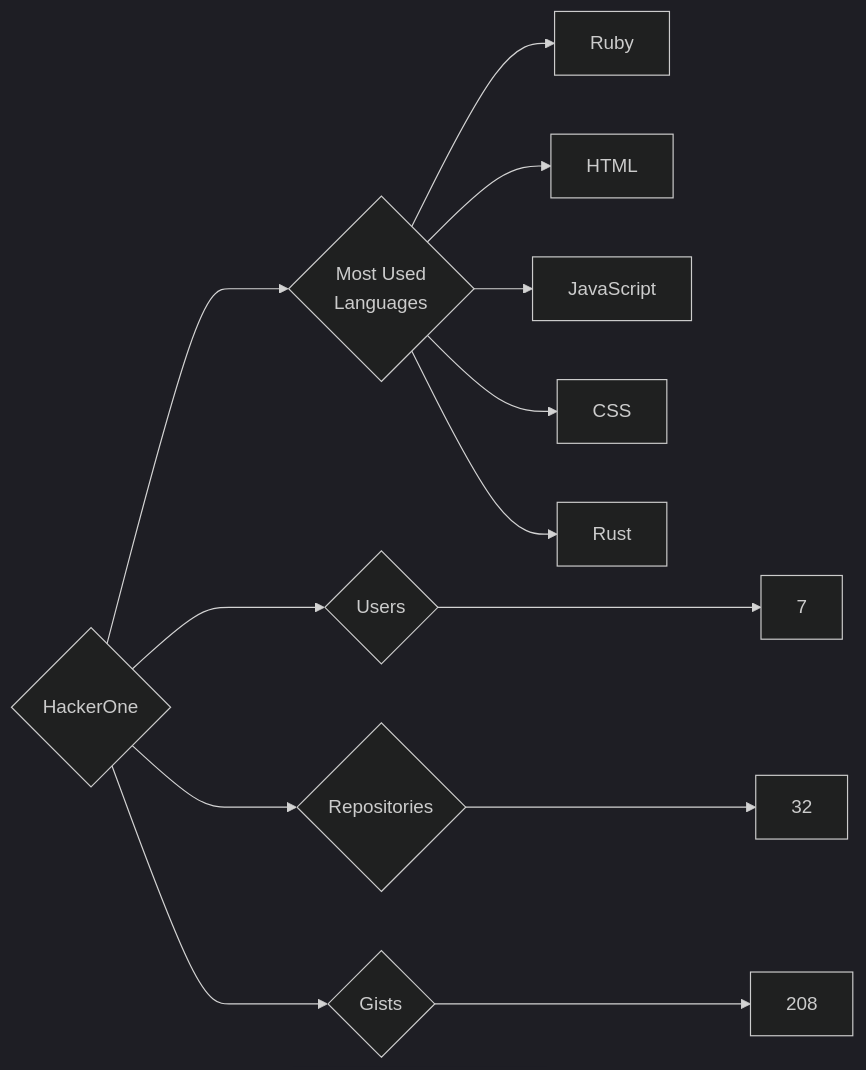
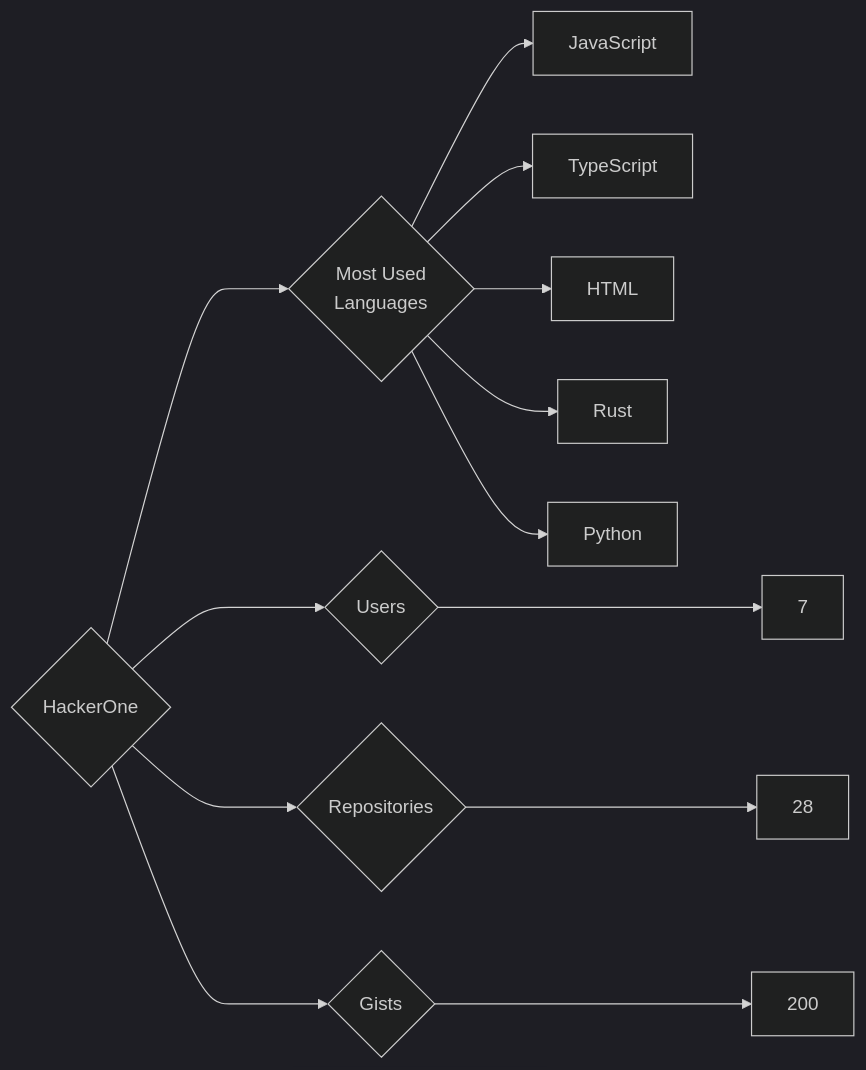
One commit to trickest/insiders changed the diagram in targets/HackerOne/README.md. Above: the diagram before and after it, drawn with Mermaid (dark theme). The commit also changed 1055 other files, not shown here.

````diff
--- a/targets/HackerOne/README.md
+++ b/targets/HackerOne/README.md
@@ -3,13 +3,13 @@
 ```mermaid
 graph LR
 COMPANY_NAME{HackerOne}
 COMPANY_NAME ---> U{Users} ---> UN[7]
-COMPANY_NAME ---> R{Repositories} ---> RN[32]
-COMPANY_NAME ---> G{Gists} ---> GN[208]
+COMPANY_NAME ---> R{Repositories} ---> RN[28]
+COMPANY_NAME ---> G{Gists} ---> GN[200]
 COMPANY_NAME ---> ML{Most Used<br>Languages}
-ML --> Ruby[Ruby]
+ML --> JavaScript[JavaScript]
+ML --> TypeScript[TypeScript]
 ML --> HTML[HTML]
-ML --> JavaScript[JavaScript]
-ML --> CSS[CSS]
 ML --> Rust[Rust]
+ML --> Python[Python]
 ```
````
